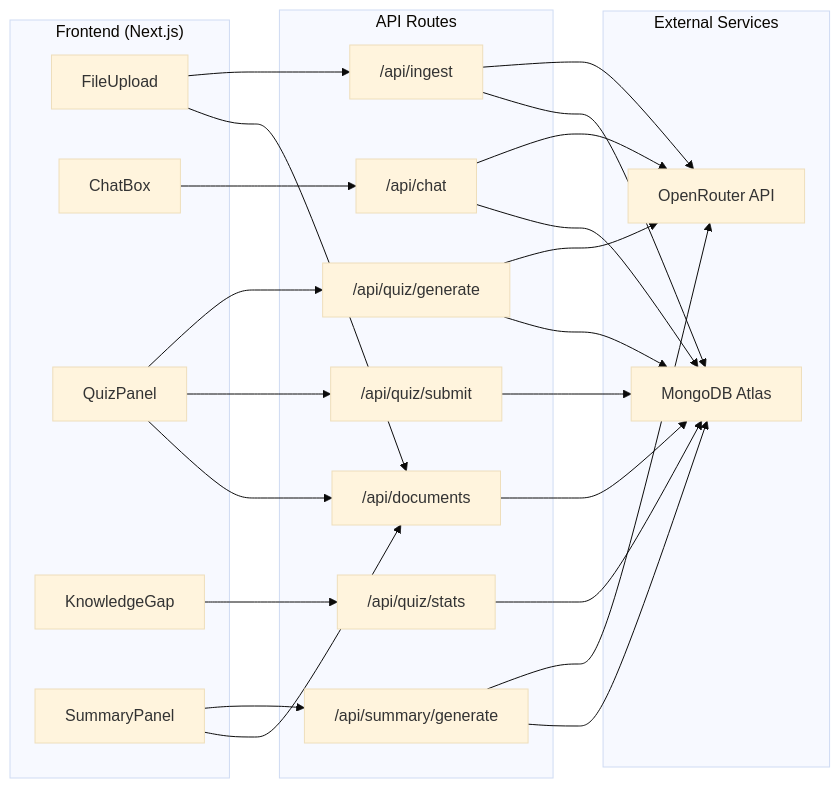
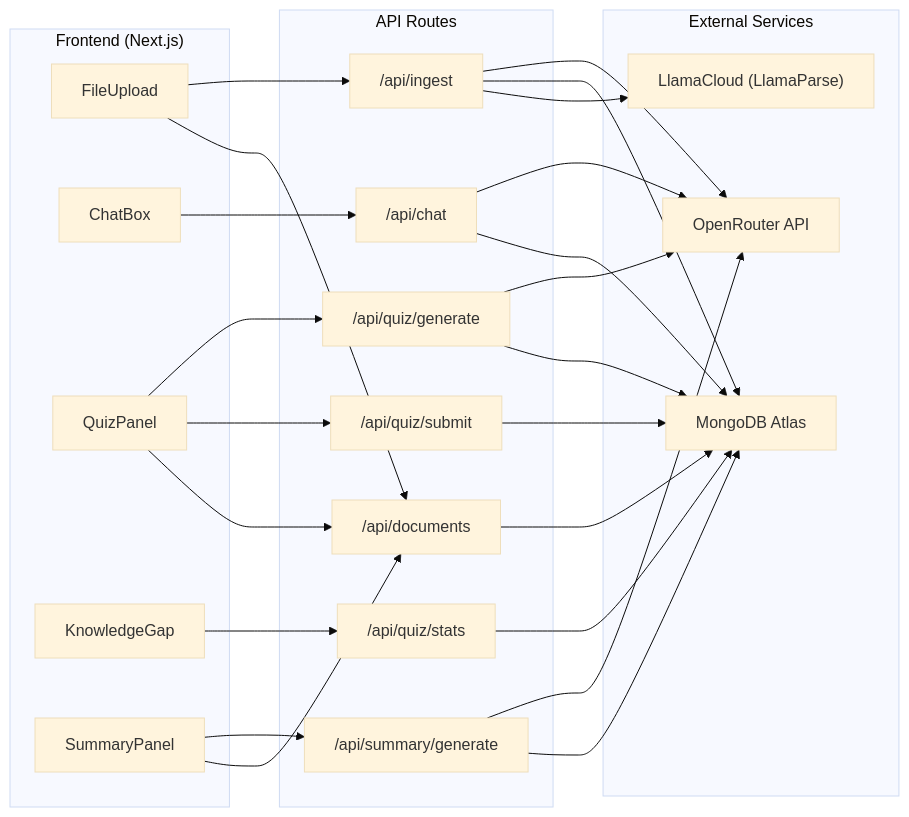
The seventh of 7 diagrams in docs/UI_FLOW_DIAGRAM.md (johnmak101-ops/RevisionApp), drawn with Mermaid (base theme) before and after one commit. The commit also changed other lines of this file and 23 other files, not shown here.

````diff
--- a/docs/UI_FLOW_DIAGRAM.md
+++ b/docs/UI_FLOW_DIAGRAM.md
@@ -170,47 +170,49 @@
 ```mermaid
 flowchart LR
     subgraph "Frontend (Next.js)"
         FU["FileUpload"]
         CB["ChatBox"]
         QP["QuizPanel"]
         KG["KnowledgeGap"]
         SP["SummaryPanel"]
     end
     
     subgraph "API Routes"
         AI["/api/ingest"]
         AC["/api/chat"]
         QG["/api/quiz/generate"]
         QS["/api/quiz/submit"]
         QST["/api/quiz/stats"]
         SG["/api/summary/generate"]
         AD["/api/documents"]
     end
     
     subgraph "External Services"
         OR["OpenRouter API"]
         MDB["MongoDB Atlas"]
+        LP["LlamaCloud (LlamaParse)"]
     end
     
     FU --> AI
     CB --> AC
     QP --> QG
     QP --> QS
     KG --> QST
     SP --> SG
     FU --> AD
     QP --> AD
     SP --> AD
     
     AI --> OR
     AI --> MDB
+    AI --> LP
     AC --> OR
     AC --> MDB
     QG --> OR
     QG --> MDB
     QS --> MDB
     QST --> MDB
     SG --> OR
     SG --> MDB
     AD --> MDB
 ```
````
